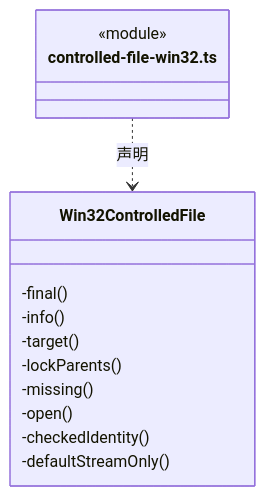
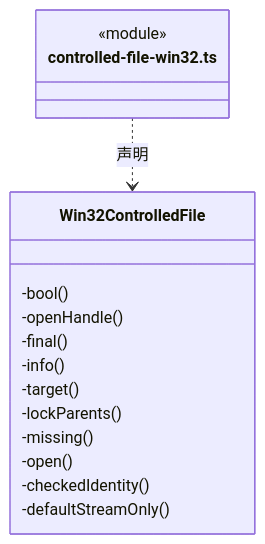
Before and after one commit to nan023062/cbim: diagram 11 of 30 in src/backend/main/platform/ARCHITECTURE.md, drawn with Mermaid. The commit also changed other lines of this file and 58 other files, not shown here.

````diff
--- a/src/backend/main/platform/ARCHITECTURE.md
+++ b/src/backend/main/platform/ARCHITECTURE.md
@@ -288,17 +290,19 @@
 ```mermaid
 classDiagram
 class N_src_backend_main_platform_controlled_file_win32_ts["controlled-file-win32.ts"] {
   <<module>>
 }
 class N_src_backend_main_platform_controlled_file_win32_ts_Win32ControlledFile["Win32ControlledFile"] {
+  -bool()
+  -openHandle()
   -final()
   -info()
   -target()
   -lockParents()
   -missing()
   -open()
   -checkedIdentity()
   -defaultStreamOnly()
 }
 N_src_backend_main_platform_controlled_file_win32_ts ..> N_src_backend_main_platform_controlled_file_win32_ts_Win32ControlledFile : 声明
 ```
````
